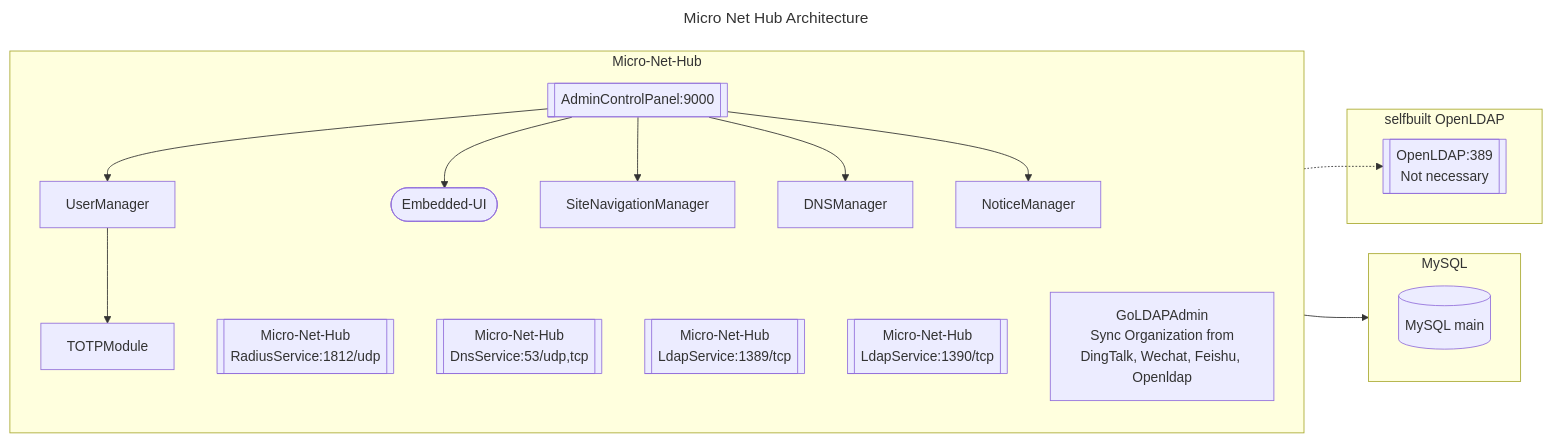
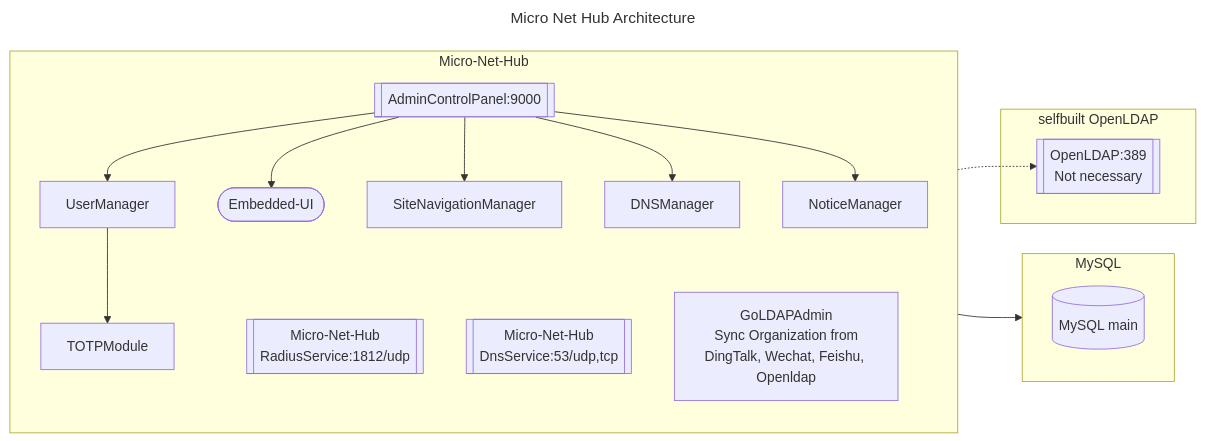
Before and after one commit to bagechashu/micro-net-hub: the diagram in README.md, drawn with Mermaid. The commit also changed 15 other files, not shown here.

First line of the commit message:
chore: remove built-in LDAP service

````diff
--- a/README.md
+++ b/README.md
@@ -43,39 +43,37 @@
 ```mermaid
 ---
 title: Micro Net Hub Architecture
 ---
 flowchart LR
   %% Database
   subgraph MySQL
     mysql-main[(MySQL main)]
   end
 
   subgraph Micro-Net-Hub
     admin[[AdminControlPanel:9000]]
     ui([Embedded-UI])
 
     admin --> UserManager
     UserManager --> TOTPModule
 
     admin --> ui
     admin --> SiteNavigationManager
     admin --> DNSManager
     admin --> NoticeManager
     
     radius[[Micro-Net-Hub<br>RadiusService:1812/udp]]
     embdns[[Micro-Net-Hub<br>DnsService:53/udp,tcp]]
-    embLdap[[Micro-Net-Hub<br>LdapService:1389/tcp]]
-    embLdapWithTotpVerify[[Micro-Net-Hub<br>LdapService:1390/tcp]]
 
     GoLDAPAdmin[GoLDAPAdmin<br>Sync Organization from<br>DingTalk, Wechat, Feishu, Openldap]
   end
 
   Micro-Net-Hub --> MySQL
 
   %% Service provide by third-party, need deployed by yourself.
   subgraph selfbuilt OpenLDAP
    openldap[[OpenLDAP:389<br>Not necessary]]
   end
 
   Micro-Net-Hub -.-> openldap
 ```
````
